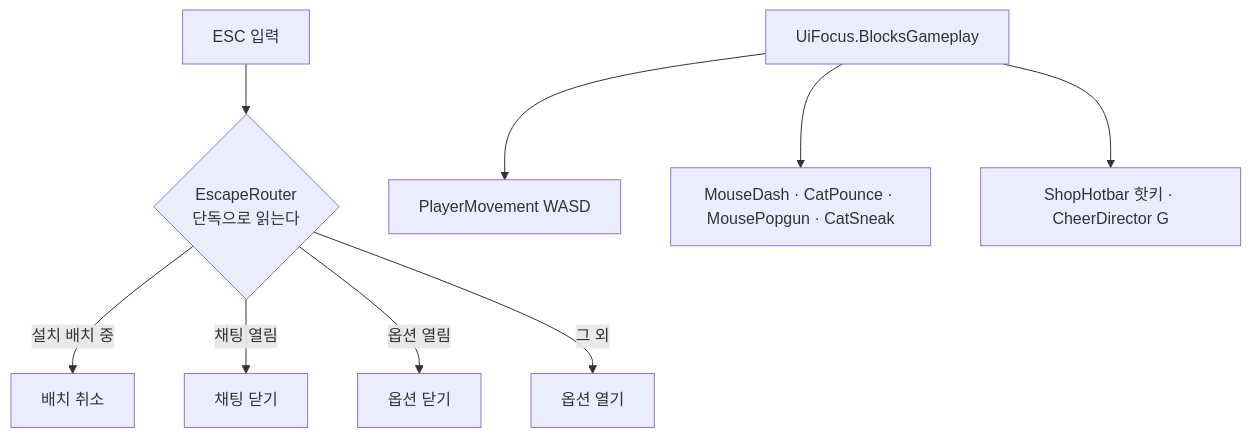
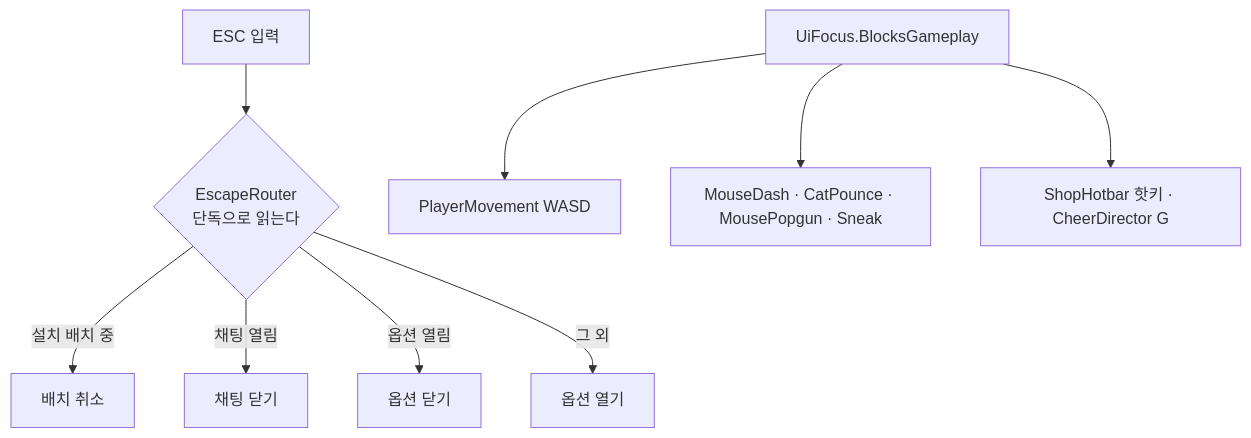
Before and after one commit to JeahanPark/The-Cheese-Thief-and-the-Cat: diagram 13 of 14 in CTC/docs/design-vault/코드 다이어그램.md, drawn with Mermaid. The commit also changed other lines of this file and 23 other files, not shown here.

````diff
--- a/CTC/docs/design-vault/코드 다이어그램.md
+++ b/CTC/docs/design-vault/코드 다이어그램.md
@@ -521,12 +521,12 @@
 ```mermaid
 flowchart TD
     ESC[ESC 입력] --> R{EscapeRouter<br/>단독으로 읽는다}
     R -->|설치 배치 중| C1[배치 취소]
     R -->|채팅 열림| C2[채팅 닫기]
     R -->|옵션 열림| C3[옵션 닫기]
     R -->|그 외| C4[옵션 열기]
 
     UF[UiFocus.BlocksGameplay] --> G1[PlayerMovement WASD]
-    UF --> G2[MouseDash · CatPounce · MousePopgun · CatSneak]
+    UF --> G2[MouseDash · CatPounce · MousePopgun · Sneak]
     UF --> G3[ShopHotbar 핫키 · CheerDirector G]
 ```
````
